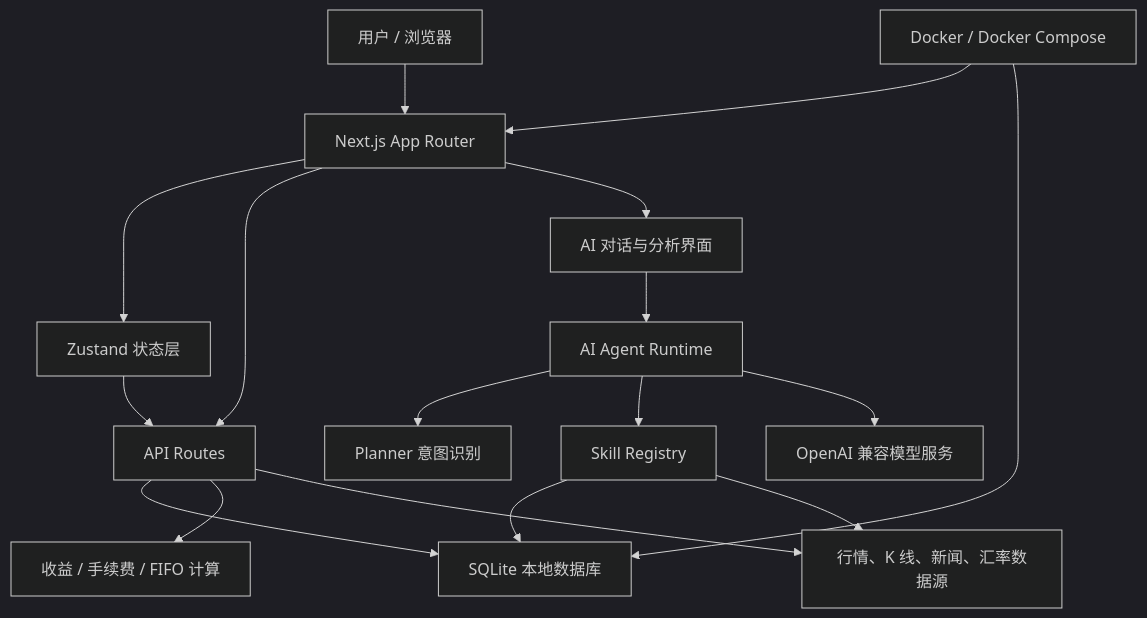
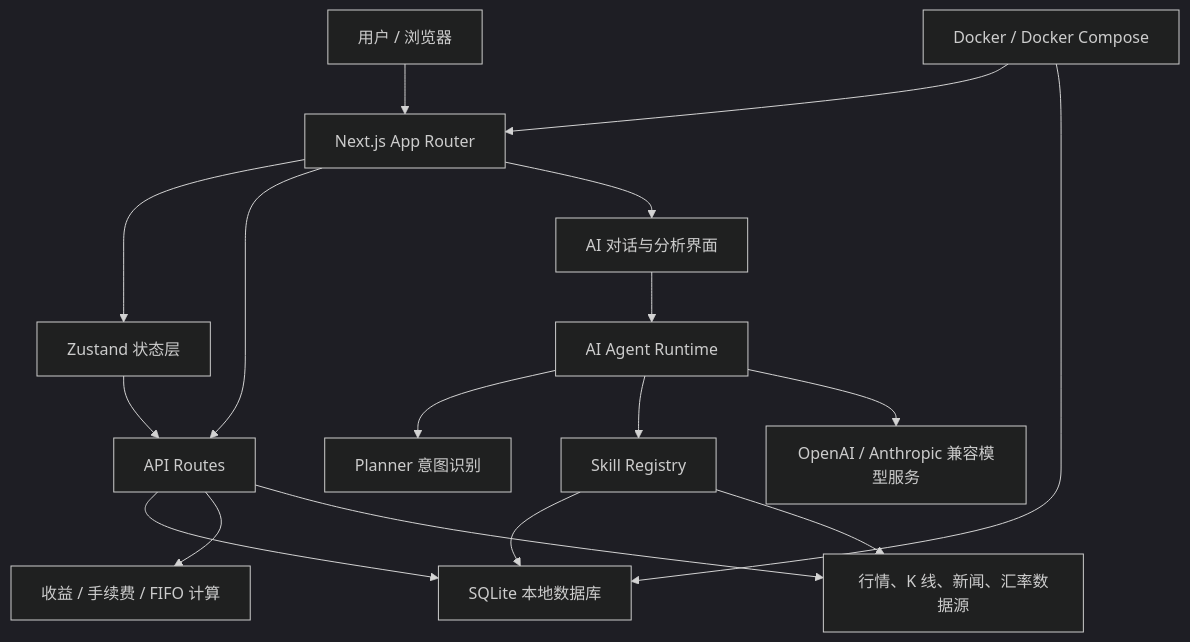
The diagram in README.md (byte92/finance_sys), drawn with Mermaid (dark theme) before and after one commit. The commit also changed other lines of this file and 1 other file, not shown here.

````diff
--- a/README.md
+++ b/README.md
@@ -37,22 +40,22 @@
 ```mermaid
 flowchart TB
   User["用户 / 浏览器"] --> App["Next.js App Router"]
   App --> Store["Zustand 状态层"]
   App --> Api["API Routes"]
 
   Store --> Api
   Api --> SQLite["SQLite 本地数据库"]
   Api --> Finance["收益 / 手续费 / FIFO 计算"]
   Api --> DataSources["行情、K 线、新闻、汇率数据源"]
 
   App --> AgentUI["AI 对话与分析界面"]
   AgentUI --> Agent["AI Agent Runtime"]
   Agent --> Planner["Planner 意图识别"]
   Agent --> Skills["Skill Registry"]
   Skills --> SQLite
   Skills --> DataSources
-  Agent --> LLM["OpenAI 兼容模型服务"]
+  Agent --> LLM["OpenAI / Anthropic 兼容模型服务"]
 
   Docker["Docker / Docker Compose"] --> App
   Docker --> SQLite
 ```
````
